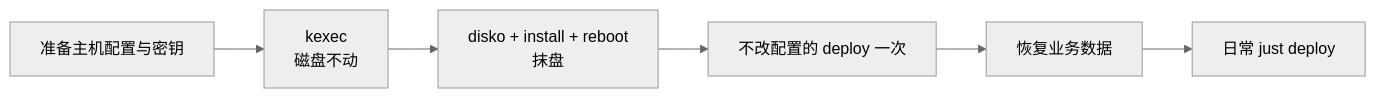
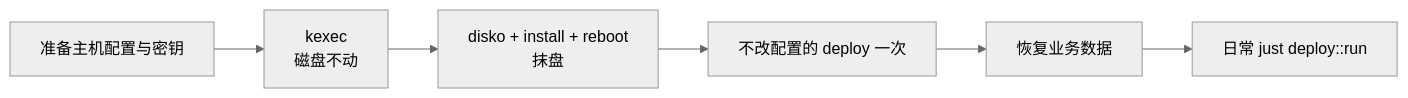
Before and after one commit to shelken/nix-config: the diagram in docs/user-guide/05-vps.md, drawn with Mermaid (neutral theme). The commit also changed other lines of this file and 10 other files, not shown here.

First line of the commit message:
feat(just): add deploy::status and move deploy into a deploy module (#353)

````diff
--- a/docs/user-guide/05-vps.md
+++ b/docs/user-guide/05-vps.md
@@ -13,8 +13,8 @@
 ```mermaid
 flowchart LR
   A[准备主机配置与密钥] --> B[kexec<br/>磁盘不动]
   B --> C[disko + install + reboot<br/>抹盘]
   C --> D[不改配置的 deploy 一次]
   D --> E[恢复业务数据]
-  E --> F[日常 just deploy]
+  E --> F[日常 just deploy::run]
 ```
````
